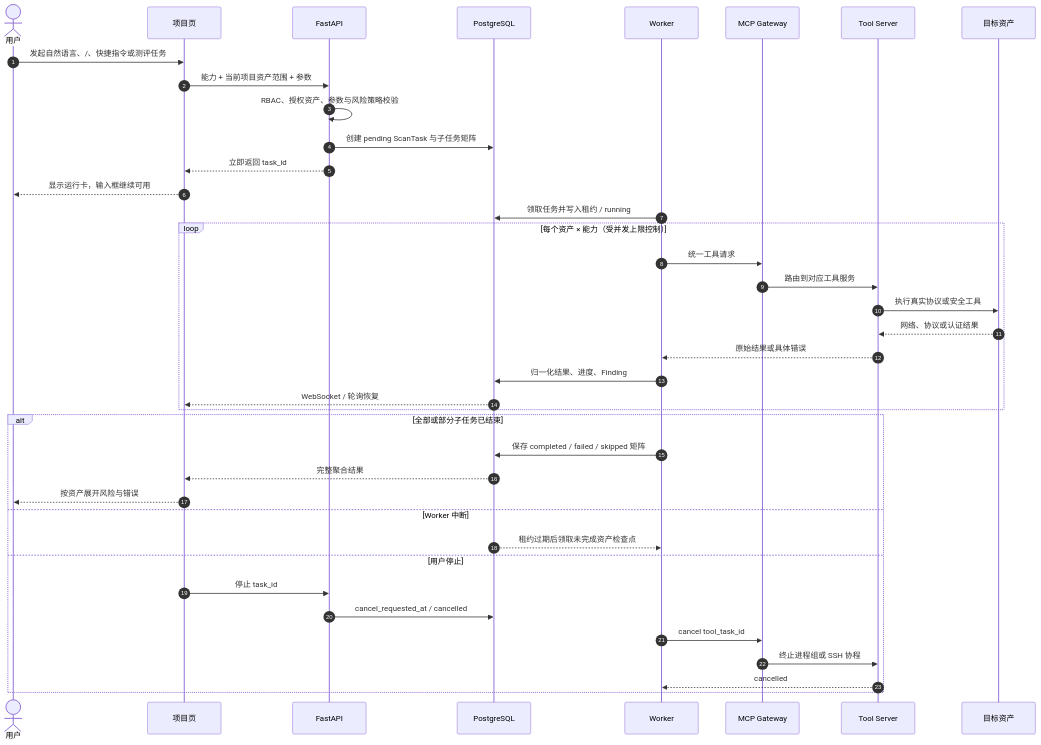
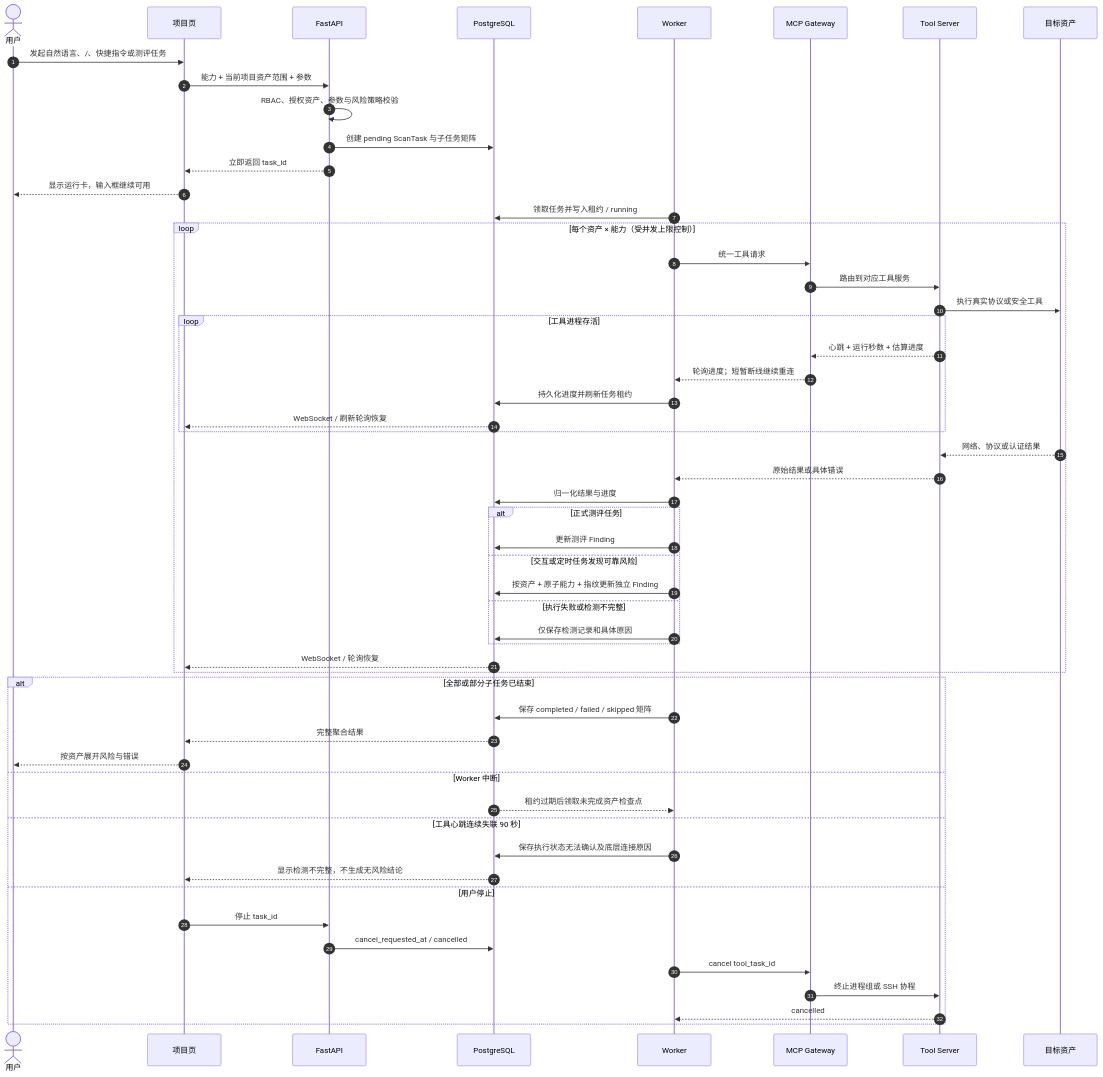
One commit to asxzsa558/CertiProof changed diagram 11 of 18 in .opencode/plans/ARCHITECTURE.md. Above: the diagram before and after it, drawn with Mermaid. The commit also changed other lines of this file and 86 other files, not shown here.

````diff
--- a/.opencode/plans/ARCHITECTURE.md
+++ b/.opencode/plans/ARCHITECTURE.md
@@ -937,44 +977,60 @@
 ```mermaid
 sequenceDiagram
   autonumber
   actor U as 用户
   participant FE as 项目页
   participant API as FastAPI
   participant DB as PostgreSQL
   participant W as Worker
   participant GW as MCP Gateway
   participant TS as Tool Server
   participant T as 目标资产
 
   U->>FE: 发起自然语言、/、快捷指令或测评任务
   FE->>API: 能力 + 当前项目资产范围 + 参数
   API->>API: RBAC、授权资产、参数与风险策略校验
   API->>DB: 创建 pending ScanTask 与子任务矩阵
   API-->>FE: 立即返回 task_id
   FE-->>U: 显示运行卡，输入框继续可用
 
   W->>DB: 领取任务并写入租约 / running
   loop 每个资产 × 能力（受并发上限控制）
     W->>GW: 统一工具请求
     GW->>TS: 路由到对应工具服务
     TS->>T: 执行真实协议或安全工具
+    loop 工具进程存活
+      TS-->>GW: 心跳 + 运行秒数 + 估算进度
+      GW-->>W: 轮询进度；短暂断线继续重连
+      W->>DB: 持久化进度并刷新任务租约
+      DB-->>FE: WebSocket / 刷新轮询恢复
+    end
     T-->>TS: 网络、协议或认证结果
     TS-->>W: 原始结果或具体错误
-    W->>DB: 归一化结果、进度、Finding
+    W->>DB: 归一化结果与进度
+    alt 正式测评任务
+      W->>DB: 更新测评 Finding
+    else 交互或定时任务发现可靠风险
+      W->>DB: 按资产 + 原子能力 + 指纹更新独立 Finding
+    else 执行失败或检测不完整
+      W->>DB: 仅保存检测记录和具体原因
+    end
     DB-->>FE: WebSocket / 轮询恢复
   end
 
   alt 全部或部分子任务已结束
     W->>DB: 保存 completed / failed / skipped 矩阵
     DB-->>FE: 完整聚合结果
     FE-->>U: 按资产展开风险与错误
   else Worker 中断
     DB-->>W: 租约过期后领取未完成资产检查点
+  else 工具心跳连续失联 90 秒
+    W->>DB: 保存执行状态无法确认及底层连接原因
+    DB-->>FE: 显示检测不完整，不生成无风险结论
   else 用户停止
     FE->>API: 停止 task_id
     API->>DB: cancel_requested_at / cancelled
     W->>GW: cancel tool_task_id
     GW->>TS: 终止进程组或 SSH 协程
     TS-->>W: cancelled
   end
 ```
````
